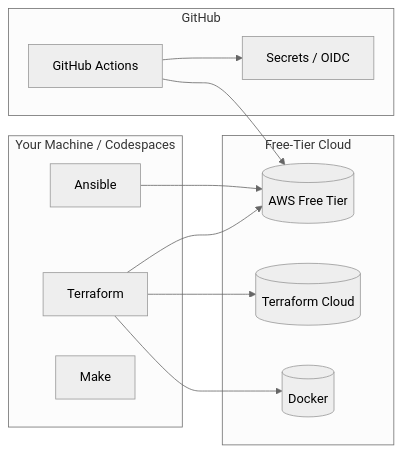
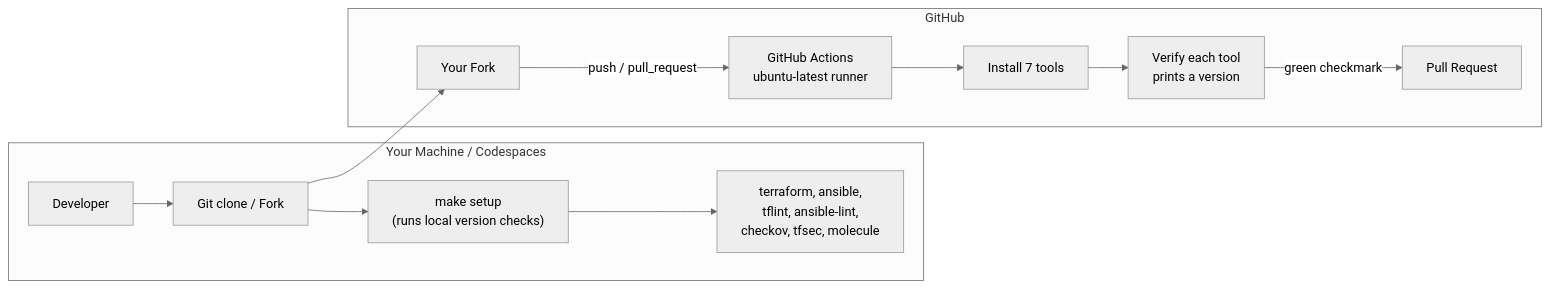
Before and after one commit to ayoub1elh/devops-labs-terraform-ansible: the diagram in README.md, drawn with Mermaid (neutral theme). The commit also changed other lines of this file, not shown here.

Commit message:
docs: add README with objectives, steps, and verification for lab-00-setup

````diff
--- a/README.md
+++ b/README.md
@@ -82,23 +30,16 @@
 ```mermaid
 flowchart LR
     subgraph Local["Your Machine / Codespaces"]
-        TF[Terraform]
-        AN[Ansible]
-        MK[Make]
+        Dev[Developer] --> Clone[Git clone / Fork]
+        Clone --> Make["make setup\n(runs local version checks)"]
+        ToolsLocal[terraform, ansible,\ntflint, ansible-lint,\ncheckov, tfsec, molecule]
     end
     subgraph GitHub["GitHub"]
-        GA[GitHub Actions]
-        SEC[Secrets / OIDC]
+        Fork[Your Fork] -->|push / pull_request| GHA[GitHub Actions\nubuntu-latest runner]
+        GHA --> Install[Install 7 tools]
+        Install --> Verify[Verify each tool\nprints a version]
+        Verify -->|green checkmark| PR[Pull Request]
     end
-    subgraph Cloud["Free-Tier Cloud"]
-        AWS[(AWS Free Tier)]
-        TFC[(Terraform Cloud)]
-        DK[(Docker)]
-    end
-    TF --> DK
-    TF --> AWS
-    TF --> TFC
-    AN --> AWS
-    GA --> SEC
-    GA --> AWS
+    Make --> ToolsLocal
+    Clone --> Fork
 ```
````
